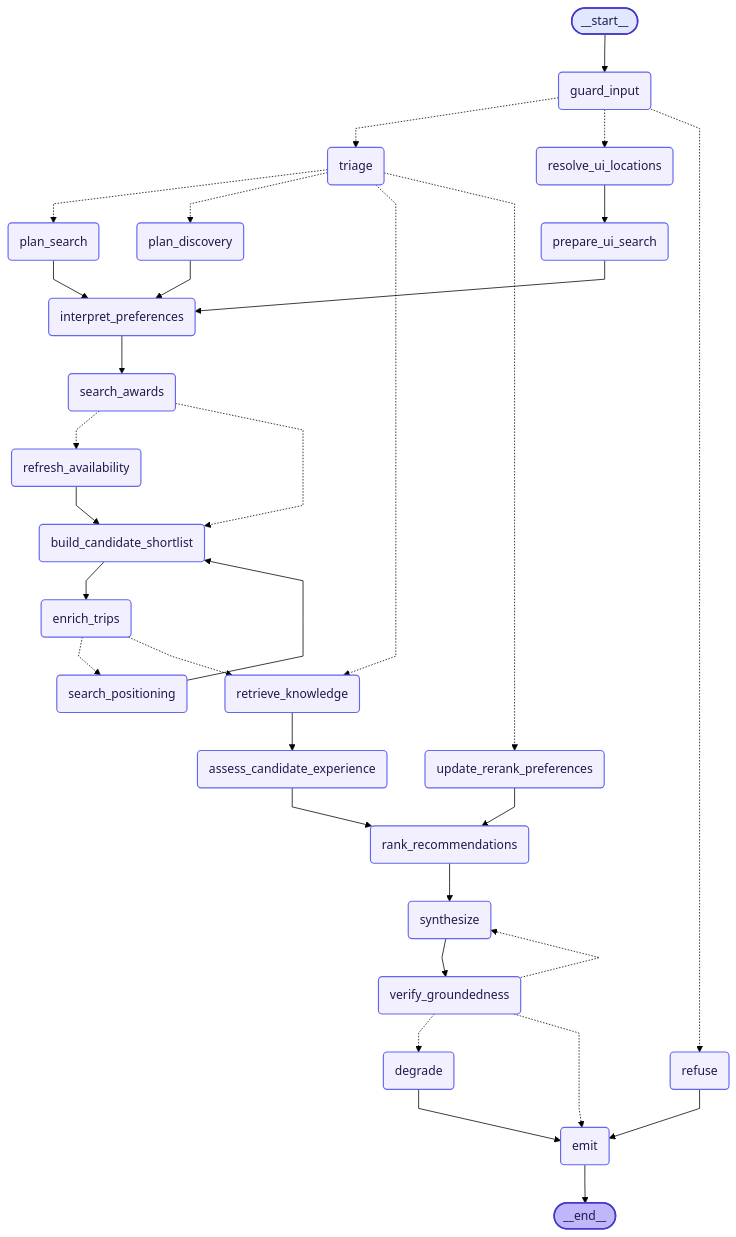
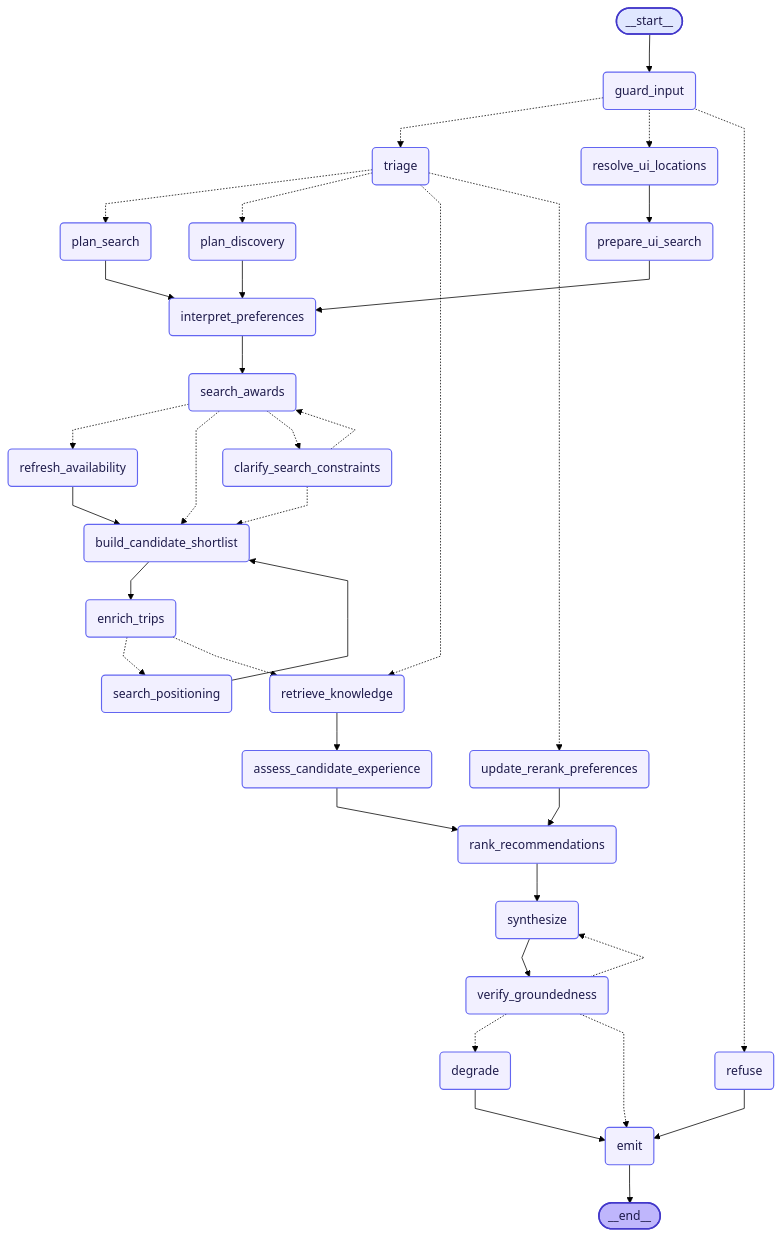
The diagram in docs/graph.md (david-vest/award-travel-agent), drawn with Mermaid (forest theme) before and after one commit. The commit also changed 26 other files, not shown here.

Commit message:
feat: implement agent clarification flow and user feedback collection system

````diff
--- a/docs/graph.md
+++ b/docs/graph.md
@@ -5,61 +5,65 @@
 ```mermaid
 %%{init: {'flowchart': {'curve': 'linear'}}}%%
 graph TD;
 	__start__([<p>__start__</p>]):::first
 	guard_input(guard_input)
 	refuse(refuse)
 	triage(triage)
 	resolve_ui_locations(resolve_ui_locations)
 	prepare_ui_search(prepare_ui_search)
 	plan_search(plan_search)
 	plan_discovery(plan_discovery)
 	search_awards(search_awards)
 	search_positioning(search_positioning)
 	interpret_preferences(interpret_preferences)
 	build_candidate_shortlist(build_candidate_shortlist)
 	enrich_trips(enrich_trips)
 	retrieve_knowledge(retrieve_knowledge)
 	assess_candidate_experience(assess_candidate_experience)
 	update_rerank_preferences(update_rerank_preferences)
 	rank_recommendations(rank_recommendations)
+	clarify_search_constraints(clarify_search_constraints)
 	synthesize(synthesize)
 	refresh_availability(refresh_availability)
 	verify_groundedness(verify_groundedness)
 	degrade(degrade)
 	emit(emit)
 	__end__([<p>__end__</p>]):::last
 	__start__ --> guard_input;
 	assess_candidate_experience --> rank_recommendations;
 	build_candidate_shortlist --> enrich_trips;
 	degrade --> emit;
 	emit --> __end__;
 	interpret_preferences --> search_awards;
 	plan_discovery --> interpret_preferences;
 	plan_search --> interpret_preferences;
 	prepare_ui_search --> interpret_preferences;
 	rank_recommendations --> synthesize;
 	refresh_availability --> build_candidate_shortlist;
 	refuse --> emit;
 	resolve_ui_locations --> prepare_ui_search;
 	retrieve_knowledge --> assess_candidate_experience;
 	search_positioning --> build_candidate_shortlist;
 	synthesize --> verify_groundedness;
 	update_rerank_preferences --> rank_recommendations;
 	guard_input -.-> triage;
 	guard_input -.-> resolve_ui_locations;
 	guard_input -.-> refuse;
 	triage -.-> plan_search;
 	triage -.-> plan_discovery;
 	triage -.-> retrieve_knowledge;
 	triage -.-> update_rerank_preferences;
 	search_awards -.-> refresh_availability;
 	search_awards -.-> build_candidate_shortlist;
+	search_awards -.-> clarify_search_constraints;
+	clarify_search_constraints -.-> search_awards;
+	clarify_search_constraints -.-> build_candidate_shortlist;
 	enrich_trips -.-> search_positioning;
 	enrich_trips -.-> retrieve_knowledge;
 	verify_groundedness -.-> synthesize;
 	verify_groundedness -.-> degrade;
 	verify_groundedness -.-> emit;
 	classDef default fill:#f2f0ff,stroke:#6366f1,color:#1e1b4b,stroke-width:1.5px,line-height:1.2;
 	classDef first fill:#e0e7ff,stroke:#4338ca,color:#1e1b4b,stroke-width:2px;
 	classDef last fill:#bfb6fc,stroke:#4338ca,color:#1e1b4b,stroke-width:2px;
 ```
````
